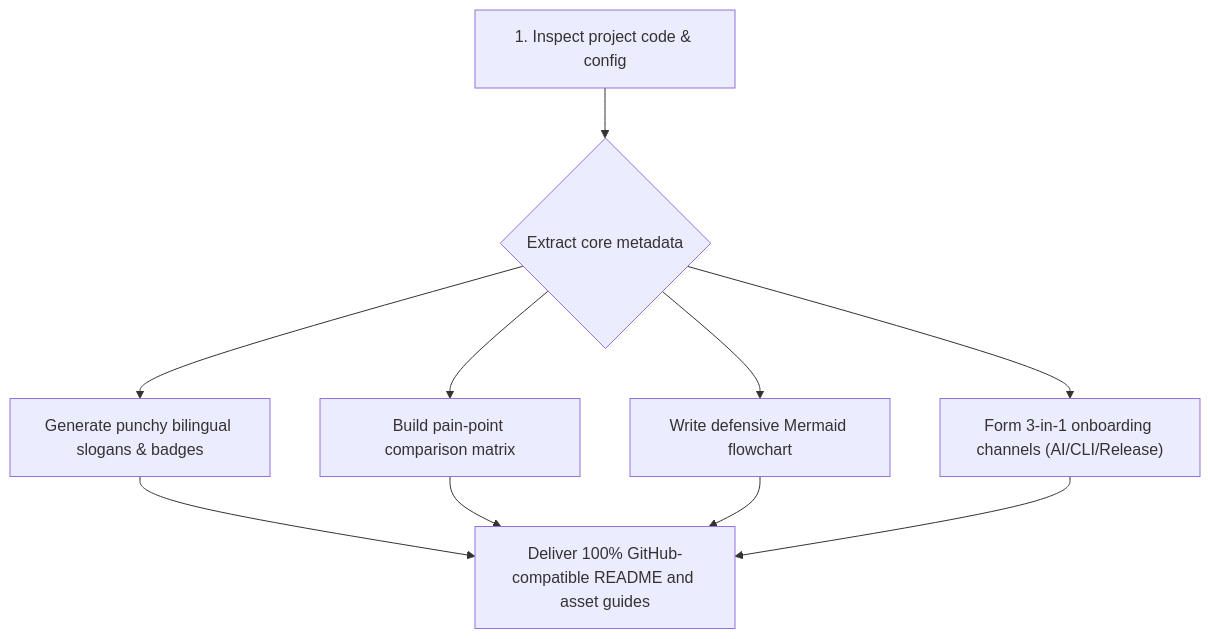
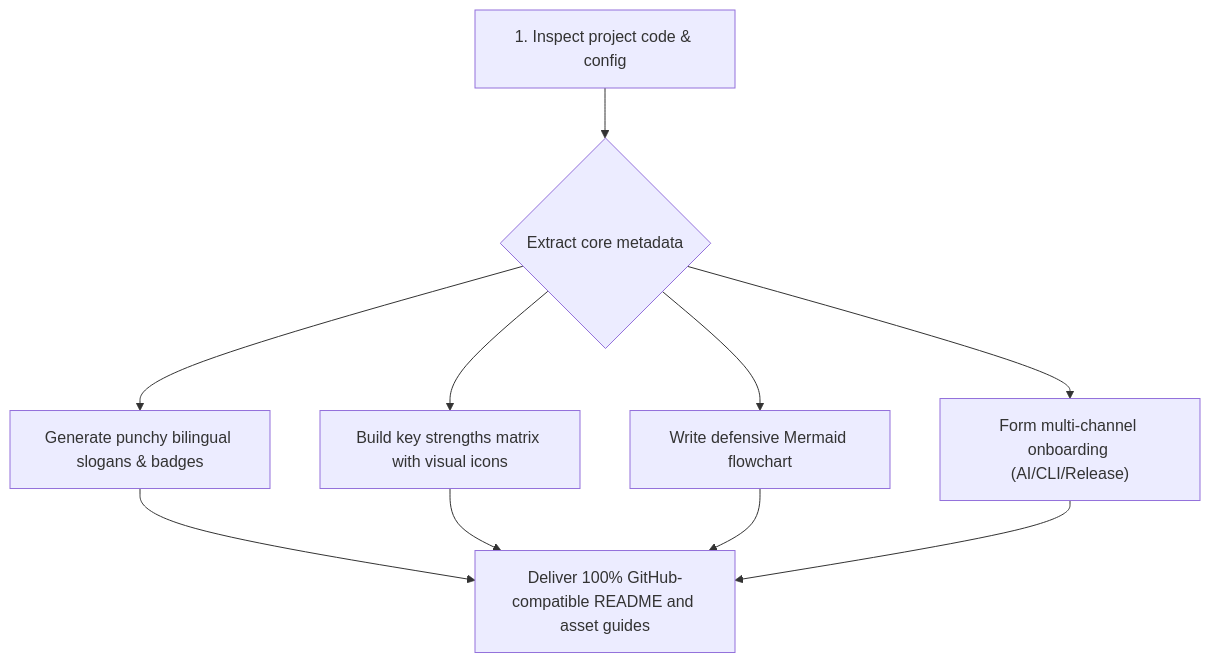
Before and after one commit to guxiao7538/readme-craft: the diagram in README.en.md, drawn with Mermaid. The commit also changed other lines of this file and 3 other files, not shown here.

````diff
--- a/README.en.md
+++ b/README.en.md
@@ -49,9 +49,9 @@
 ```mermaid
 flowchart TD
     A["1. Inspect project code & config"] --> B{"Extract core metadata"}
     B --> C1["Generate punchy bilingual slogans & badges"]
-    B --> C2["Build pain-point comparison matrix"]
+    B --> C2["Build key strengths matrix with visual icons"]
     B --> C3["Write defensive Mermaid flowchart"]
-    B --> C4["Form 3-in-1 onboarding channels (AI/CLI/Release)"]
+    B --> C4["Form multi-channel onboarding (AI/CLI/Release)"]
     C1 & C2 & C3 & C4 --> D["Deliver 100% GitHub-compatible README and asset guides"]
 ```
````
